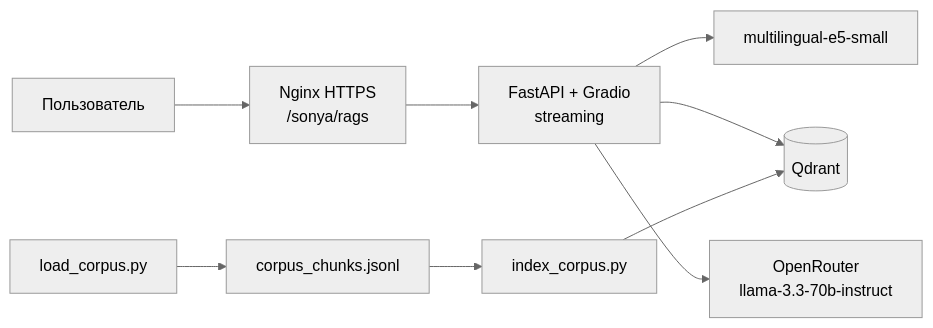
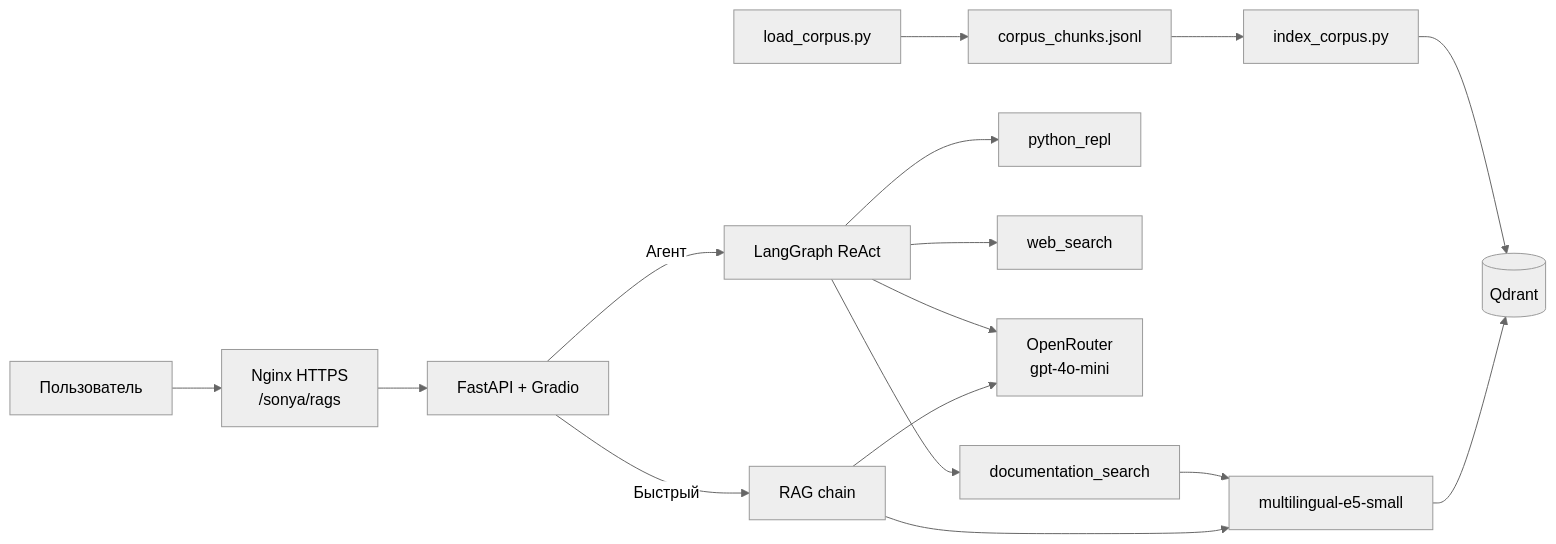
Before and after one commit to BykovchenkoS/sklearn-docs-rag: the diagram in README.md, drawn with Mermaid (neutral theme). The commit also changed other lines of this file and 2 other files, not shown here.

Commit message:
ci: отключить web_search на CI, обновить README под агента

````diff
--- a/README.md
+++ b/README.md
@@ -27,11 +35,18 @@
 ```mermaid
 flowchart LR
     U[Пользователь] --> N[Nginx HTTPS<br/>/sonya/rags]
-    N --> A[FastAPI + Gradio<br/>streaming]
-    A --> E[multilingual-e5-small]
-    A --> Q[(Qdrant)]
-    A --> L[OpenRouter<br/>llama-3.3-70b-instruct]
+    N --> A[FastAPI + Gradio]
+    A -->|Быстрый| R[RAG chain]
+    A -->|Агент| G[LangGraph ReAct]
+    G --> T1[documentation_search]
+    G --> T2[python_repl]
+    G --> T3[web_search]
+    R --> E[multilingual-e5-small]
+    T1 --> E
+    E --> Q[(Qdrant)]
+    R --> L[OpenRouter<br/>gpt-4o-mini]
+    G --> L
     S[load_corpus.py] --> C[corpus_chunks.jsonl]
     C --> I[index_corpus.py]
     I --> Q
 ```
````
